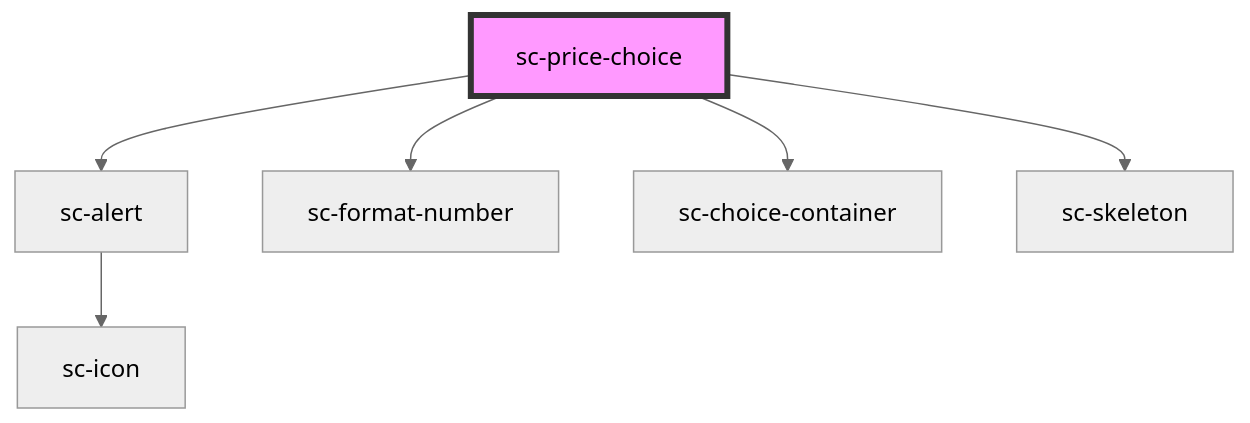
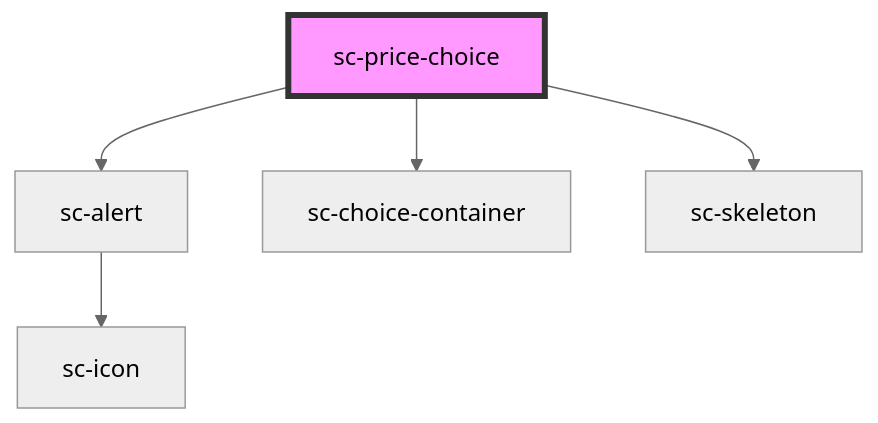
Before and after one commit to surecart/surecart-wp-plugin: the diagram in packages/components/src/components/controllers/checkout-form/price-choice/readme.md, drawn with Mermaid (neutral theme). The commit also changed other lines of this file and 37 other files, not shown here.

````diff
--- a/packages/components/src/components/controllers/checkout-form/price-choice/readme.md
+++ b/packages/components/src/components/controllers/checkout-form/price-choice/readme.md
@@ -51,9 +50,8 @@
 ```mermaid
 graph TD;
   sc-price-choice --> sc-alert
-  sc-price-choice --> sc-format-number
   sc-price-choice --> sc-choice-container
   sc-price-choice --> sc-skeleton
   sc-alert --> sc-icon
   style sc-price-choice fill:#f9f,stroke:#333,stroke-width:4px
 ```
````
